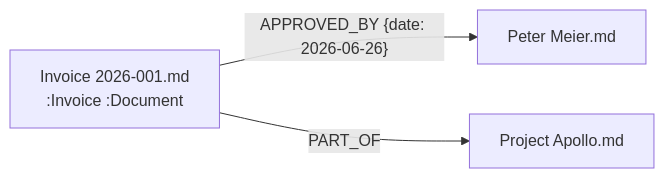
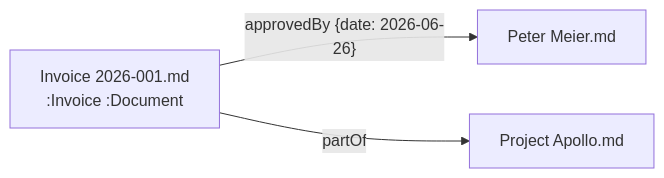
One commit to property-graph-markdown/specification changed the diagram in README.md. Above: the diagram before and after it, drawn with Mermaid. The commit also changed other lines of this file and 16 other files, not shown here.

````diff
--- a/README.md
+++ b/README.md
@@ -44,8 +44,8 @@
 ```mermaid
 graph LR
     invoice["Invoice 2026-001.md<br/>:Invoice :Document"]
     peter["Peter Meier.md"]
     project["Project Apollo.md"]
-    invoice -- "APPROVED_BY {date: 2026-06-26}" --> peter
-    invoice -- "PART_OF" --> project
+    invoice -- "approvedBy {date: 2026-06-26}" --> peter
+    invoice -- "partOf" --> project
 ```
````
